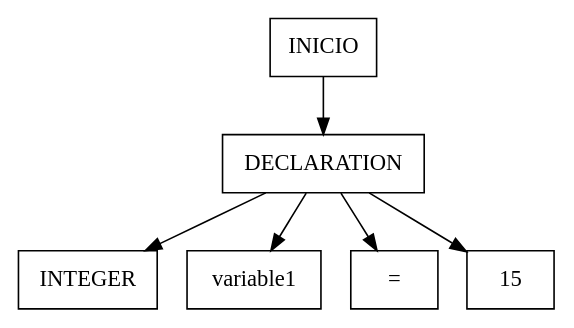
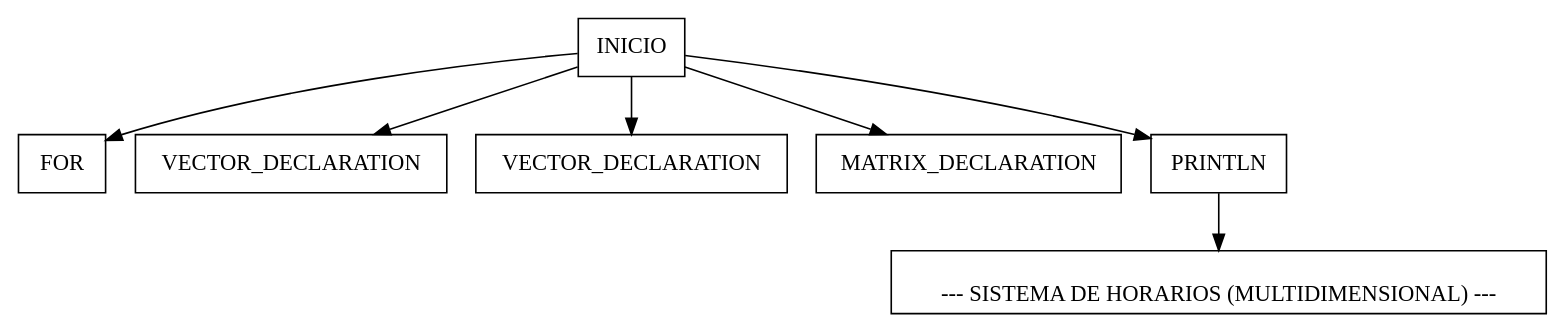
Before and after one commit to DiegVas/OLC2_2S_2025_202300638: the diagram in reports/ast.dot, drawn with Graphviz. The commit also changed 5 other files, not shown here.

```diff
--- a/reports/ast.dot
+++ b/reports/ast.dot
@@ -1,14 +1,16 @@
 digraph AST {
 node [shape=box];
 node0 [label="INICIO"];
-node1 [label="DECLARATION"];
-node5 [label="INTEGER"];
-node4 [label="variable1"];
-node3 [label="="];
-node2 [label="15"];
+node9 [label="FOR"];
+node8 [label="VECTOR_DECLARATION"];
+node6 [label="VECTOR_DECLARATION"];
+node4 [label="MATRIX_DECLARATION"];
+node1 [label="PRINTLN"];
+node2 [label="\n--- SISTEMA DE HORARIOS (MULTIDIMENSIONAL) ---"];
+node0 -> node9;
+node0 -> node8;
+node0 -> node6;
+node0 -> node4;
 node0 -> node1;
-node1 -> node5;
-node1 -> node4;
-node1 -> node3;
 node1 -> node2;
 }
```
